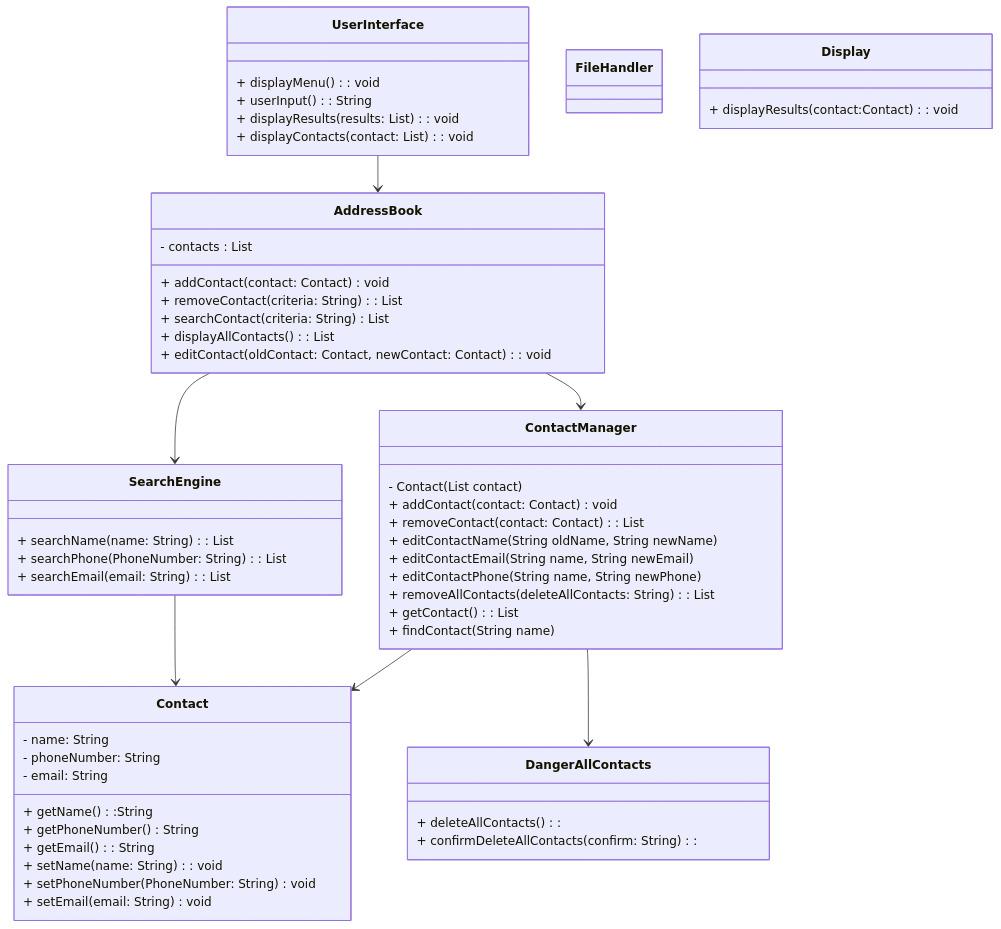
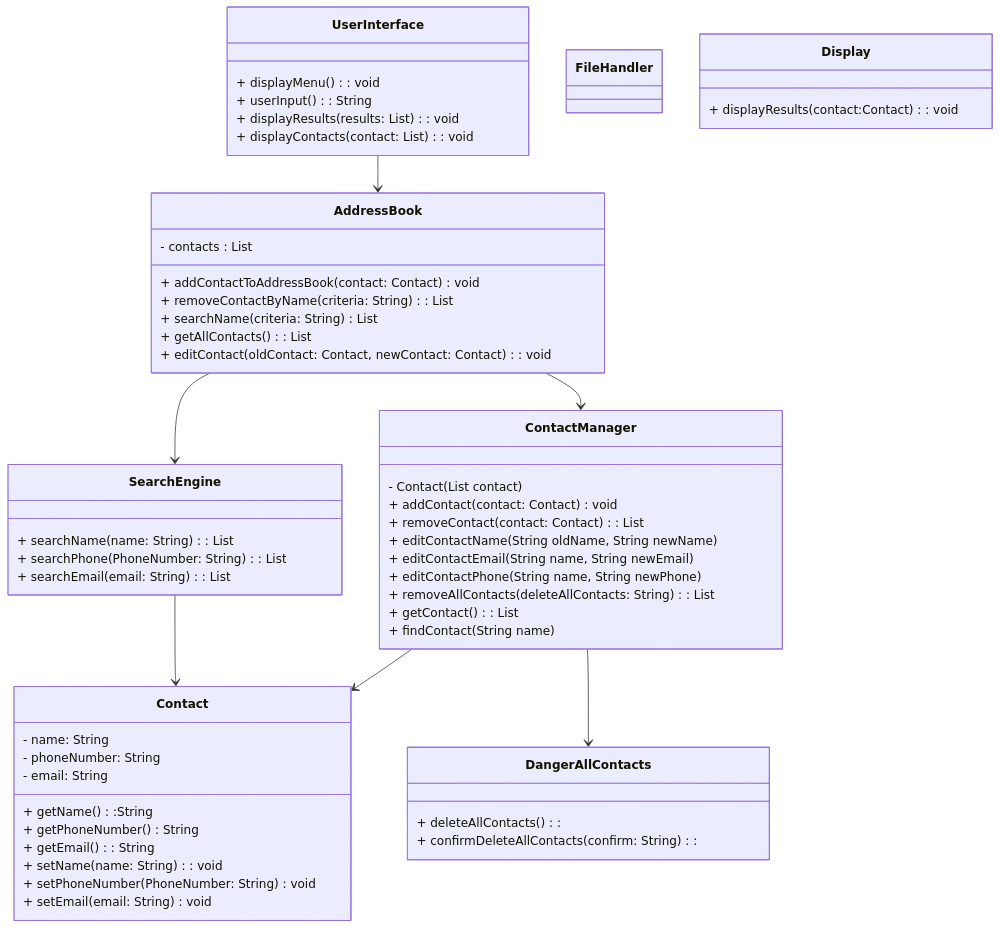
Before and after one commit to VSeaman8/DF-Challenge-3-Address-book: the diagram in docs/class diagram.mermaid, drawn with Mermaid. The commit also changed 5 other files, not shown here.

```diff
--- a/docs/class diagram.mermaid
+++ b/docs/class diagram.mermaid
@@ -1,68 +1,68 @@
 classDiagram
 
     class AddressBook{
         - contacts : List<Contact>
-        + addContact(contact: Contact) void
-        + removeContact(criteria: String): List<Contact>
-        + searchContact(criteria: String) List<cContact>
-        + displayAllContacts(): List<cContact>
+        + addContactToAddressBook(contact: Contact) void
+        + removeContactByName(criteria: String): List<Contact>
+        + searchName(criteria: String) List<cContact>
+        + getAllContacts(): List<cContact>
         + editContact(oldContact: Contact, newContact: Contact): void
     }
 
     class Contact{
         - name: String
         - phoneNumber: String
         - email: String
         + getName():String
         + getPhoneNumber() String
         + getEmail(): String
         + setName(name: String): void
         + setPhoneNumber(PhoneNumber: String) void
         + setEmail(email: String) void
     }
 
     class ContactManager {
         - Contact (List contact)
         + addContact(contact: Contact) void
         + removeContact(contact: Contact): List<Contact>
         + editContactName(String oldName, String newName)
         + editContactEmail(String name, String newEmail)
         + editContactPhone(String name, String newPhone)
         + removeAllContacts(deleteAllContacts: String): List<cContact>
         + getContact(): List
         + findContact(String name)
 
     }
 
     class SearchEngine {
         + searchName(name: String): List<cContact>
         + searchPhone(PhoneNumber: String): List<cContact>
         + searchEmail(email: String): List<cContact>
 
     }
 
     class UserInterface {
     + displayMenu(): void
     + userInput(): String
     + displayResults(results: List<cContact>): void
     + displayContacts(contact: List<cContact>): void
     }
 
     class FileHandler {
 
     }
 
     class Display {
         + displayResults(contact:Contact): void
     }
     class DangerAllContacts {
         + deleteAllContacts():
         + confirmDeleteAllContacts(confirm: String):
     }
 
 UserInterface --> AddressBook
 AddressBook  --> ContactManager
 AddressBook --> SearchEngine
 ContactManager --> Contact
 ContactManager --> DangerAllContacts
 SearchEngine --> Contact
```
